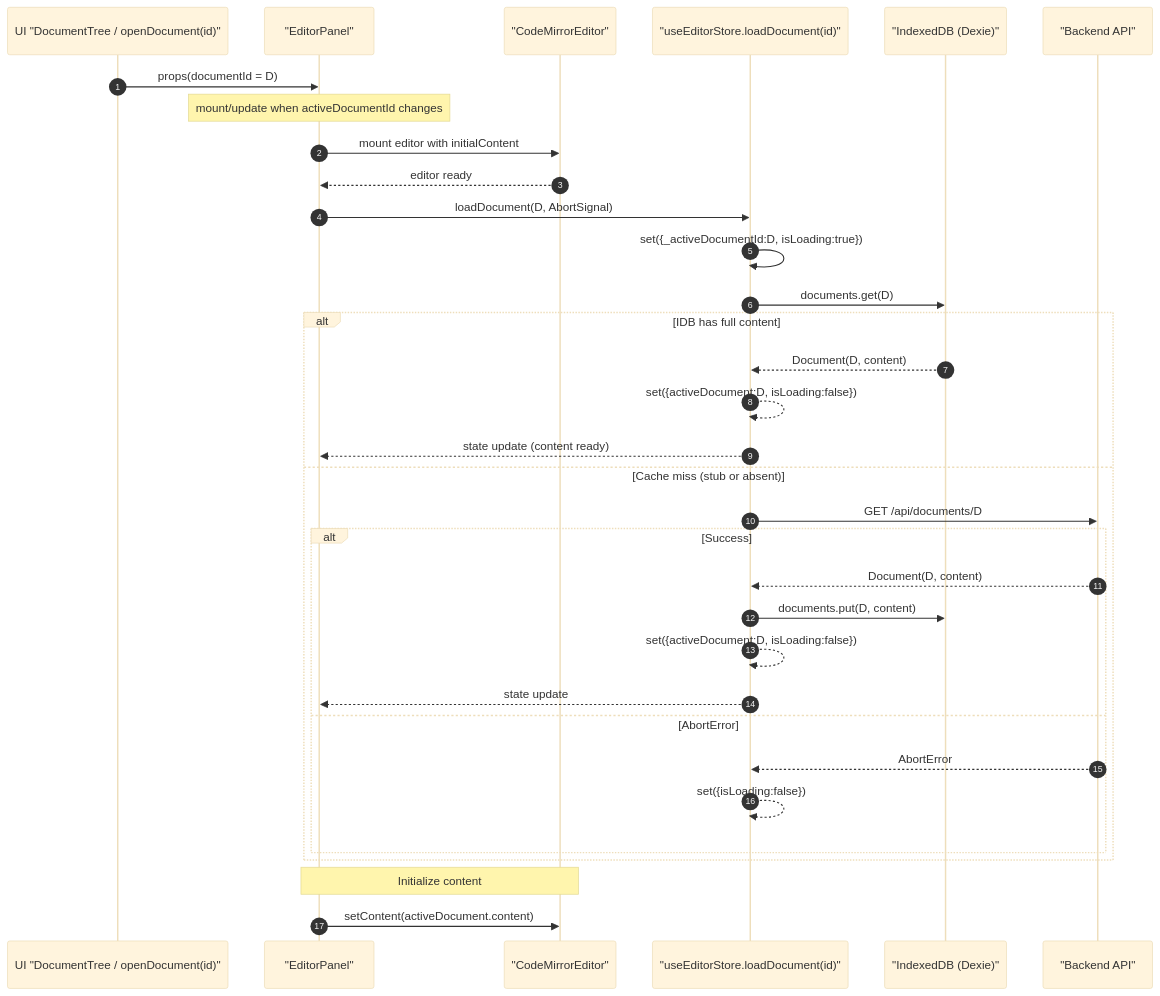
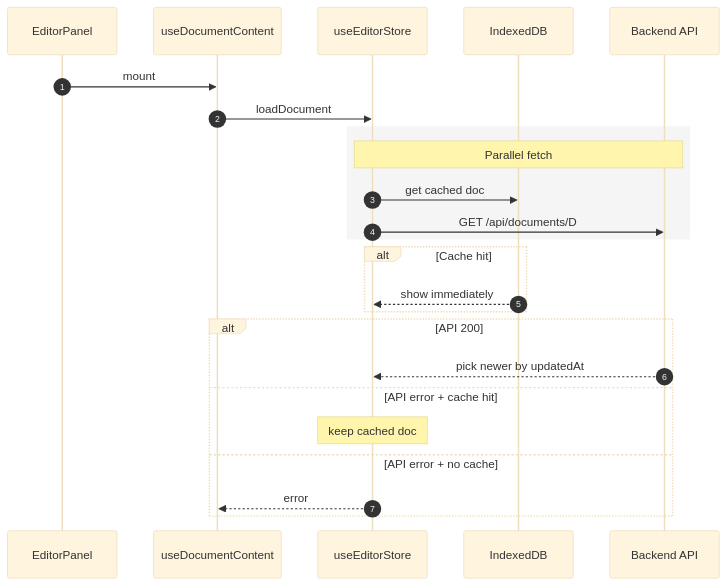
One commit to haowjy/meridian-flow changed the second of 4 diagrams in _docs/technical/frontend/editor-caching.md. Above: the diagram before and after it, drawn with Mermaid (base theme). The commit also changed other lines of this file and 62 other files, not shown here.

````diff
--- a/_docs/technical/frontend/editor-caching.md
+++ b/_docs/technical/frontend/editor-caching.md
@@ -23,39 +44,30 @@
 ```mermaid
 sequenceDiagram
     autonumber
-    participant UI as UI "DocumentTree / openDocument(id)"
-    participant Panel as "EditorPanel"
-    participant EC as "CodeMirrorEditor"
-    participant Store as "useEditorStore.loadDocument(id)"
-    participant IDB as "IndexedDB (Dexie)"
-    participant API as "Backend API"
+    participant EP as EditorPanel
+    participant UDC as useDocumentContent
+    participant Store as useEditorStore
+    participant Cache as IndexedDB
+    participant API as Backend API
 
-    UI->>Panel: props(documentId = D)
-    Note over Panel: mount/update when activeDocumentId changes
+    EP->>UDC: mount
+    UDC->>Store: loadDocument
 
-    Panel->>EC: mount editor with initialContent
-    EC-->>Panel: editor ready
-
-    Panel->>Store: loadDocument(D, AbortSignal)
-    Store->>Store: set({_activeDocumentId:D, isLoading:true})
-    Store->>IDB: documents.get(D)
-    alt IDB has full content
-        IDB-->>Store: Document(D, content)
-        Store-->>Store: set({activeDocument:D, isLoading:false})
-        Store-->>Panel: state update (content ready)
-    else Cache miss (stub or absent)
+    rect rgba(128, 128, 128, 0.08)
+        Note over Store,API: Parallel fetch
+        Store->>Cache: get cached doc
         Store->>API: GET /api/documents/D
-        alt Success
-            API-->>Store: Document(D, content)
-            Store->>IDB: documents.put(D, content)
-            Store-->>Store: set({activeDocument:D, isLoading:false})
-            Store-->>Panel: state update
-        else AbortError
-            API-->>Store: AbortError
-            Store-->>Store: set({isLoading:false})
-        end
     end
 
-    Note over Panel,EC: Initialize content
-    Panel->>EC: setContent(activeDocument.content)
+    alt Cache hit
+        Cache-->>Store: show immediately
+    end
+
+    alt API 200
+        API-->>Store: pick newer by updatedAt
+    else API error + cache hit
+        Note over Store: keep cached doc
+    else API error + no cache
+        Store-->>UDC: error
+    end
 ```
````
